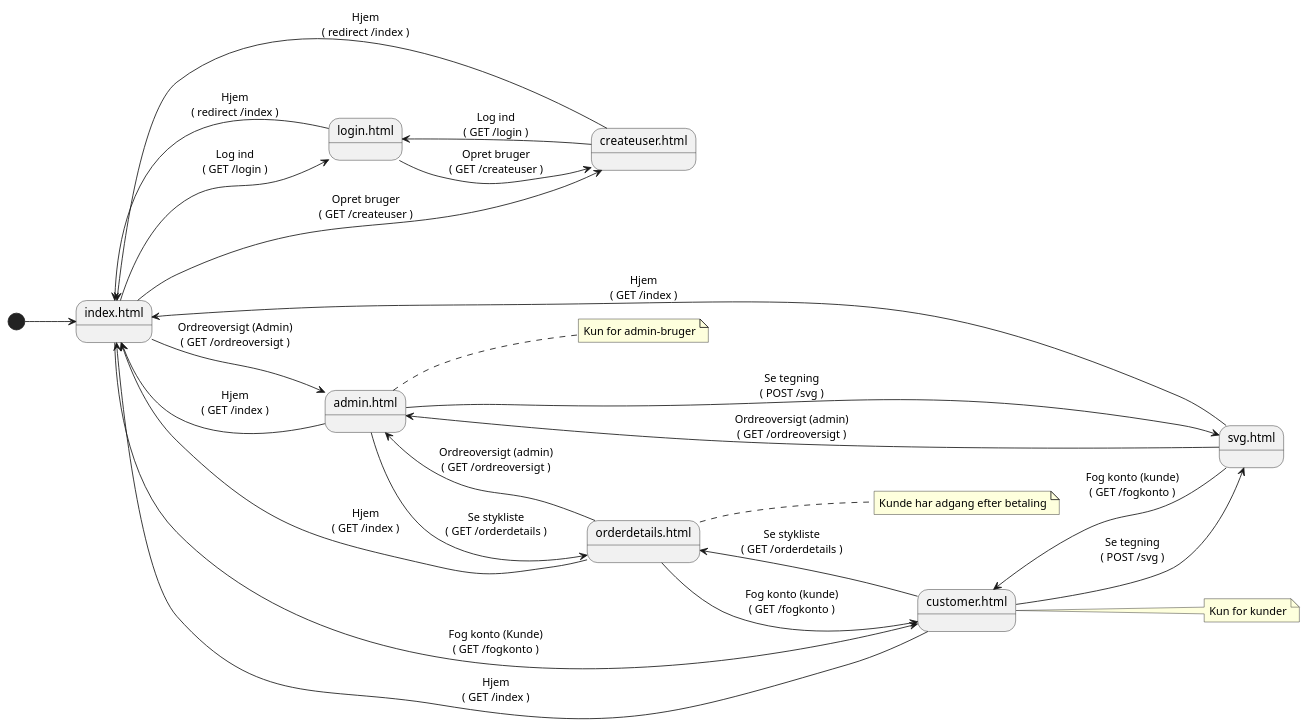
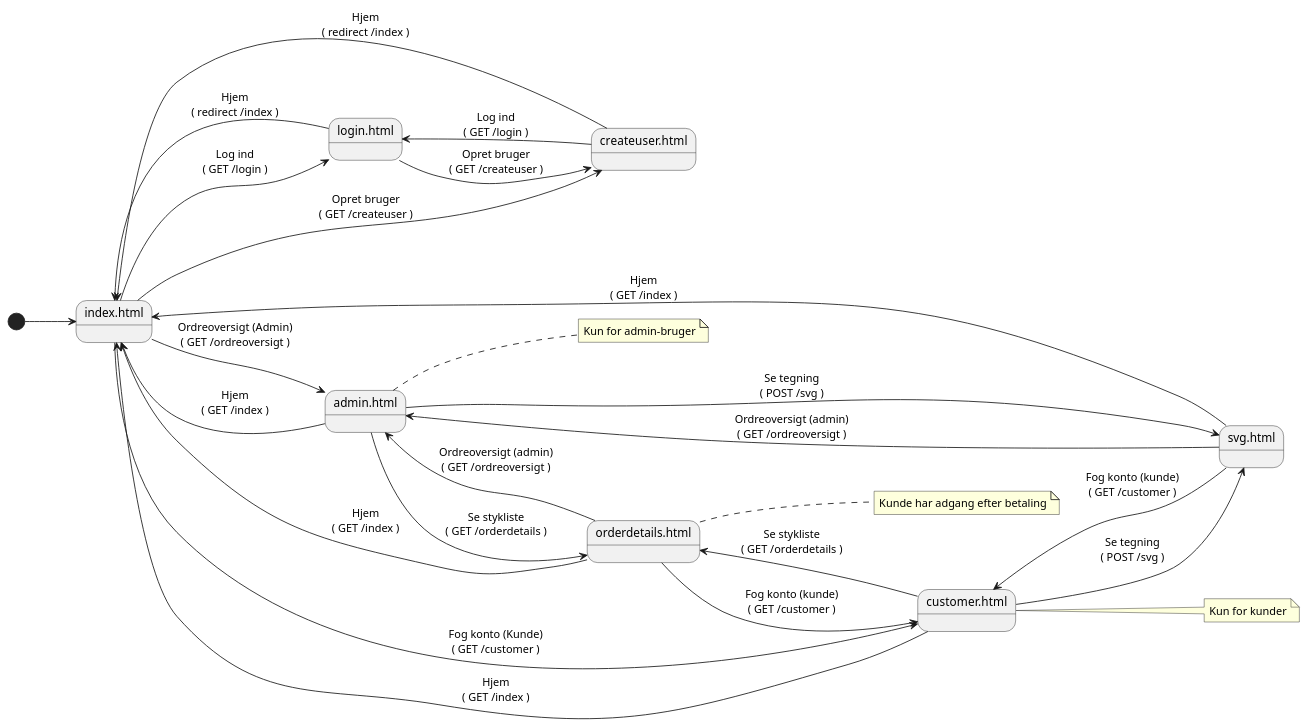
The diagram in docs/navigation_diagram.puml (Mikkel-ao/Carport), drawn with PlantUML before and after one commit. The commit also changed 1 other file, not shown here.

Commit message:
Fog konto route change to /customer

```diff
--- a/docs/navigation_diagram.puml
+++ b/docs/navigation_diagram.puml
@@ -1,61 +1,61 @@
 @startuml
 left to right direction
 
 [*] --> Index
 
 state "index.html" as Index
 state "login.html" as Login
 state "createuser.html" as Opret
 
 ' Admin
 state "admin.html" as Admin
 state "orderdetails.html" as OrderDetails
 
 ' Kunde
 state "customer.html" as Customer
 
 ' SVG
 state "svg.html" as SVG
 
 ' Navigation from Index
 Index --> Login : Log ind\n( GET /login )
 Index --> Opret : Opret bruger\n( GET /createuser )
 Index --> Admin : Ordreoversigt (Admin)\n( GET /ordreoversigt )
-Index --> Customer : Fog konto (Kunde)\n( GET /fogkonto )
+Index --> Customer : Fog konto (Kunde)\n( GET /customer )
 
 ' Login & Opret navigation
 Login --> Opret : Opret bruger\n( GET /createuser )
 Login --> Index : Hjem\n( redirect /index )
 Opret --> Login : Log ind\n( GET /login )
 Opret --> Index : Hjem\n( redirect /index )
 
 ' Admin navigation
 Admin --> SVG : Se tegning\n( POST /svg )
 Admin --> OrderDetails : Se stykliste\n( GET /orderdetails )
 Admin --> Index : Hjem\n( GET /index )
 note right of Admin
   Kun for admin-bruger
 end note
 
 ' Customer navigation
 Customer --> SVG : Se tegning\n( POST /svg )
 Customer --> OrderDetails : Se stykliste\n( GET /orderdetails )
 Customer --> Index : Hjem\n( GET /index )
 note right of Customer
   Kun for kunder
 end note
 
 ' SVG navigation
 SVG --> Admin : Ordreoversigt (admin)\n( GET /ordreoversigt )
-SVG --> Customer : Fog konto (kunde)\n( GET /fogkonto )
+SVG --> Customer : Fog konto (kunde)\n( GET /customer )
 SVG --> Index : Hjem\n( GET /index )
 
 ' OrderDetails navigation
 OrderDetails --> Admin : Ordreoversigt (admin)\n( GET /ordreoversigt )
-OrderDetails --> Customer : Fog konto (kunde)\n( GET /fogkonto )
+OrderDetails --> Customer : Fog konto (kunde)\n( GET /customer )
 OrderDetails --> Index : Hjem\n( GET /index )
 note right of OrderDetails
   Kunde har adgang efter betaling
 end note
 
 @enduml
```
